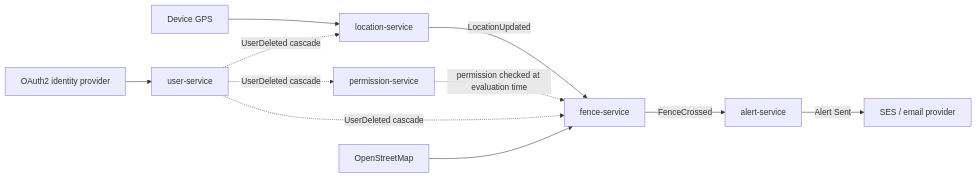
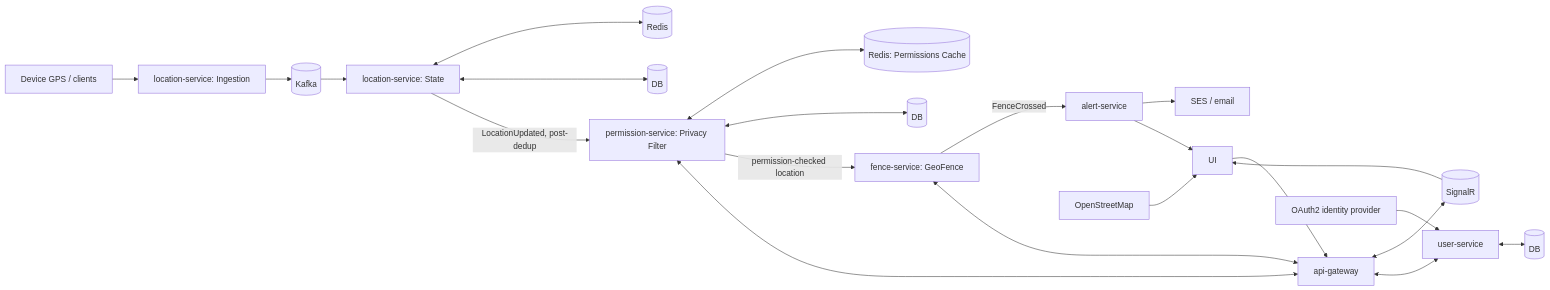
Before and after one commit to ppitek40/WhereUAt: the diagram in docs/architecture/overview.md, drawn with Mermaid. The commit also changed other lines of this file and 3 other files, not shown here.

````diff
--- a/docs/architecture/overview.md
+++ b/docs/architecture/overview.md
@@ -19,15 +21,26 @@
 ```mermaid
 flowchart LR
-    GPS[Device GPS] --> LS[location-service]
-    LS -->|LocationUpdated| FS[fence-service]
-    PS[permission-service] -.->|permission checked at evaluation time| FS
-    FS -->|FenceCrossed| AS[alert-service]
-    AS -->|Alert Sent| Email[SES / email provider]
+    GPS[Device GPS / clients] --> Ingest[location-service: Ingestion]
+    Ingest --> Kafka[(Kafka)]
+    Kafka --> LocState[location-service: State]
+    LocState <--> LocCache[(Redis)]
+    LocState <--> LocDB[(DB)]
+    LocState -->|LocationUpdated, post-dedup| Perm[permission-service: Privacy Filter]
+    Perm <--> PermCache[(Redis: Permissions Cache)]
+    Perm <--> PermDB[(DB)]
+    Perm -->|permission-checked location| Fence[fence-service: GeoFence]
+    Fence -->|FenceCrossed| Alert[alert-service]
+    Alert --> SES[SES / email]
+    Alert --> UI[UI]
 
-    US[user-service] -.->|UserDeleted cascade| LS
-    US -.->|UserDeleted cascade| PS
-    US -.->|UserDeleted cascade| FS
+    Gateway[api-gateway] <--> SignalR[(SignalR)]
+    SignalR --> UI
+    UI --> Gateway
+    Gateway <--> Perm
+    Gateway <--> Fence
+    Gateway <--> User[user-service]
+    User <--> UserDB[(DB)]
 
-    IdP[OAuth2 identity provider] --> US
-    OSM[OpenStreetMap] --> FS
+    IdP[OAuth2 identity provider] --> User
+    OSM[OpenStreetMap] --> UI
 ```
````
